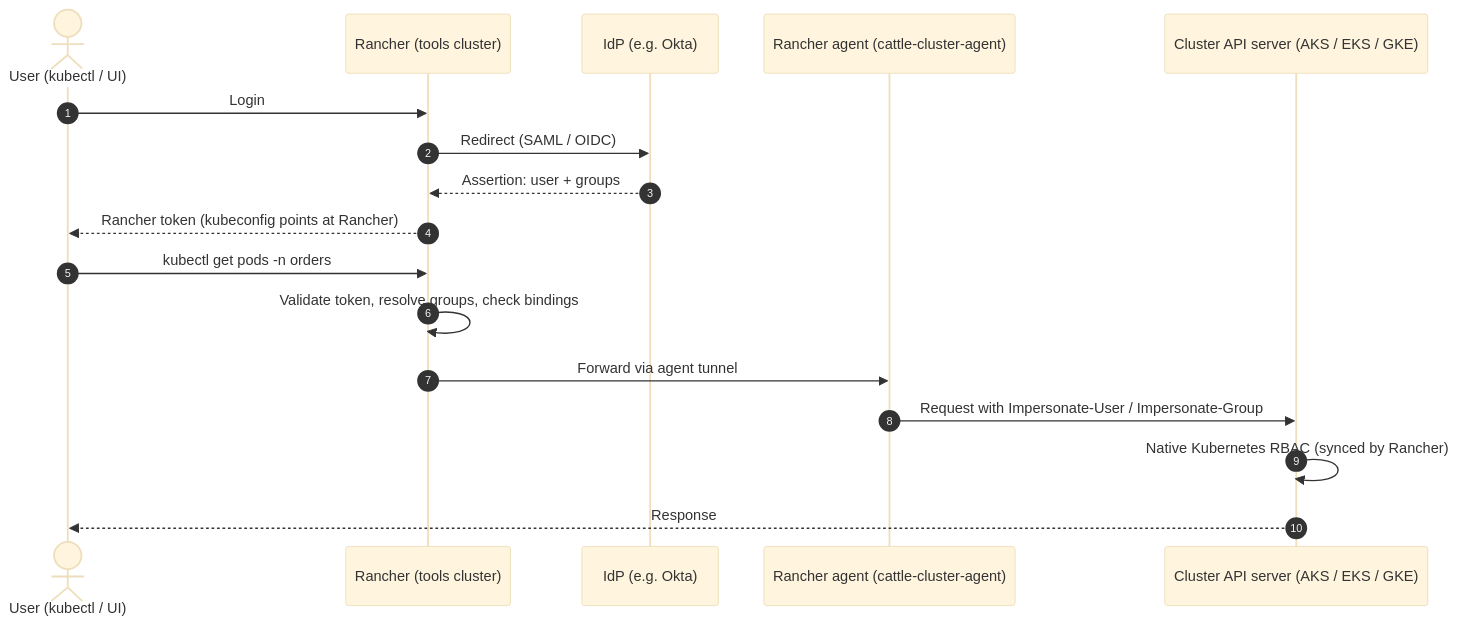
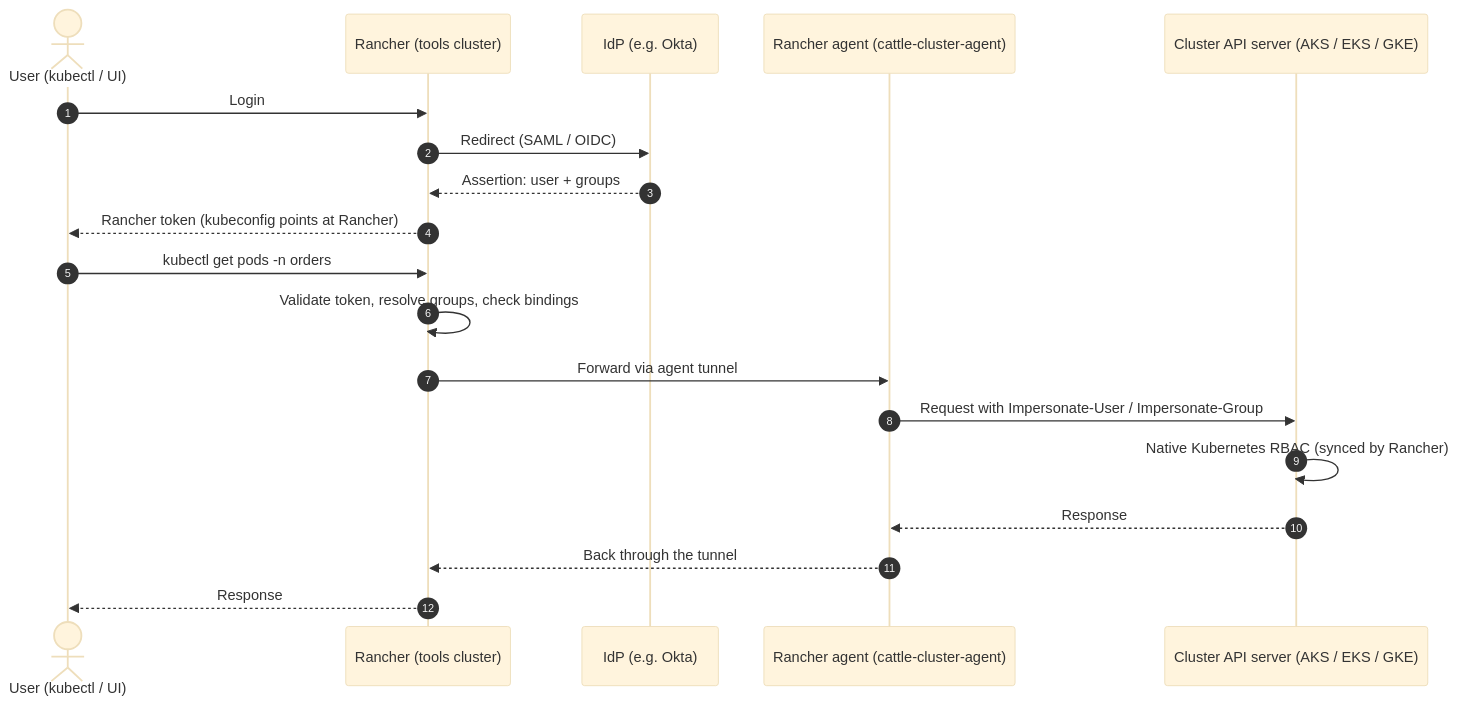
Before and after one commit to imkrupakar/imkrupakar.github.io: the first of 2 diagrams in _posts/2026-11-13-multi-cloud-rbac-rancher.md, drawn with Mermaid (base theme). The commit also changed other lines of this file, not shown here.

````diff
--- a/_posts/2026-11-13-multi-cloud-rbac-rancher.md
+++ b/_posts/2026-11-13-multi-cloud-rbac-rancher.md
@@ -80,20 +80,22 @@
 ```mermaid
 sequenceDiagram
     autonumber
     actor U as User (kubectl / UI)
     participant R as Rancher (tools cluster)
     participant O as IdP (e.g. Okta)
     participant A as Rancher agent (cattle-cluster-agent)
     participant K as Cluster API server (AKS / EKS / GKE)
 
     U->>R: Login
     R->>O: Redirect (SAML / OIDC)
     O-->>R: Assertion: user + groups
     R-->>U: Rancher token (kubeconfig points at Rancher)
     U->>R: kubectl get pods -n orders
     R->>R: Validate token, resolve groups, check bindings
     R->>A: Forward via agent tunnel
     A->>K: Request with Impersonate-User / Impersonate-Group
     K->>K: Native Kubernetes RBAC (synced by Rancher)
-    K-->>U: Response
+    K-->>A: Response
+    A-->>R: Back through the tunnel
+    R-->>U: Response
 ```
````
